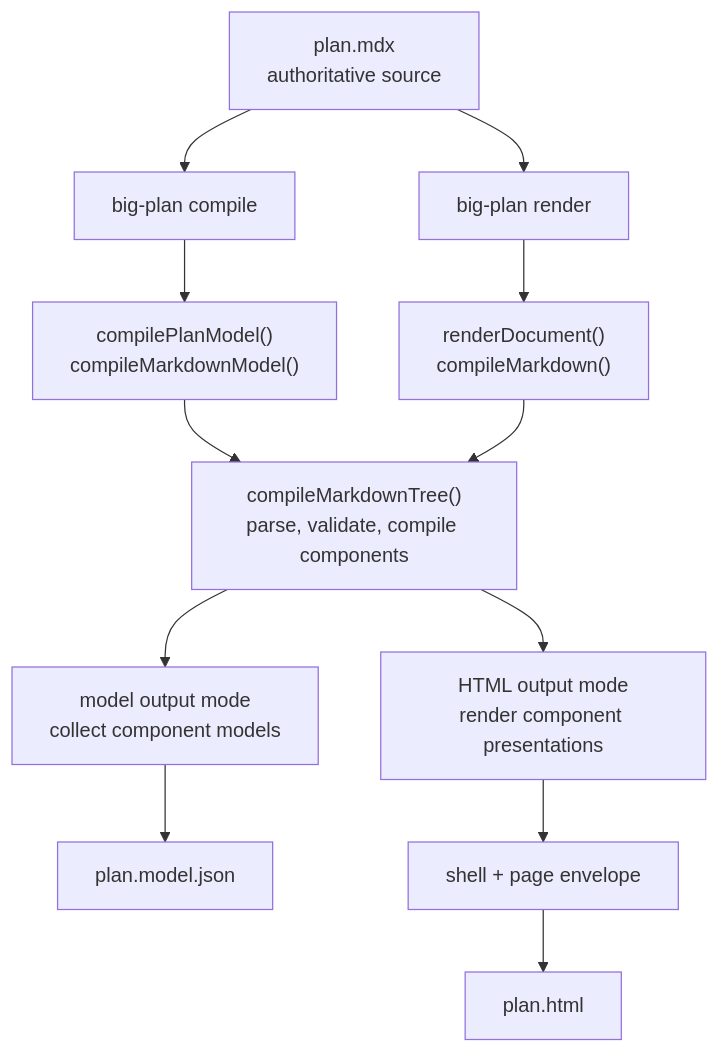
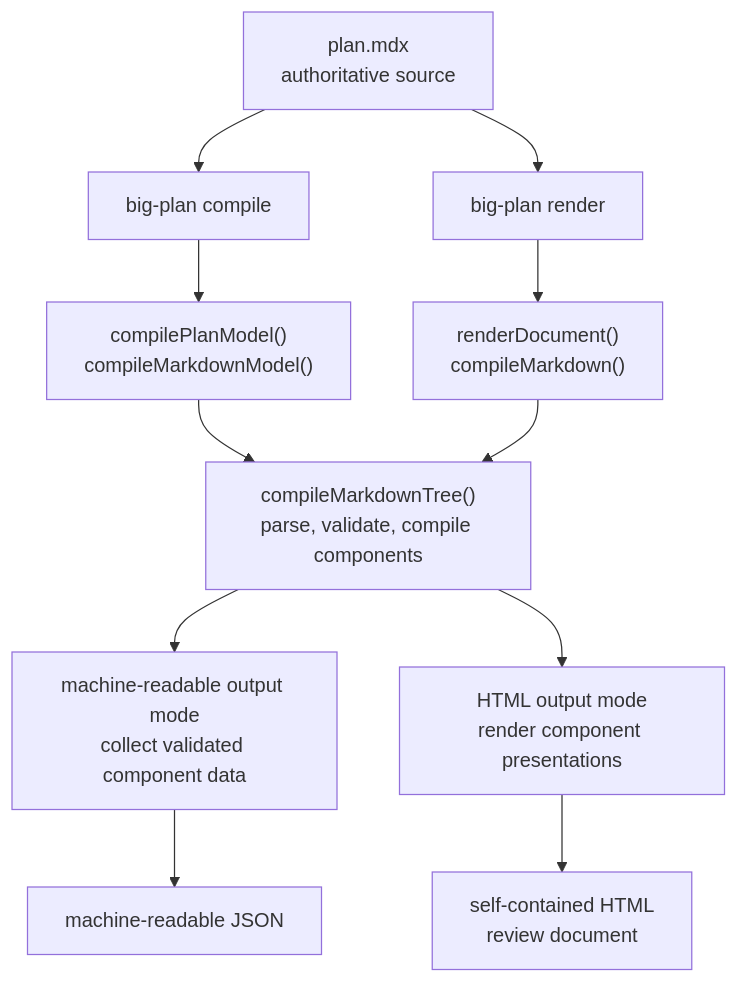
One commit to josh-padnick/big-plan changed the first of 2 diagrams in docs/src/content/docs/architecture.md. Above: the diagram before and after it, drawn with Mermaid. The commit also changed other lines of this file and 13 other files, not shown here.

````diff
--- a/docs/src/content/docs/architecture.md
+++ b/docs/src/content/docs/architecture.md
@@ -26,15 +25,14 @@
 ```mermaid
 flowchart TB
   A["plan.mdx<br/>authoritative source"]
   A --> B["big-plan compile"]
   A --> C["big-plan render"]
   B --> D["compilePlanModel()<br/>compileMarkdownModel()"]
   C --> E["renderDocument()<br/>compileMarkdown()"]
   D --> F["compileMarkdownTree()<br/>parse, validate, compile components"]
   E --> F
-  F --> G["model output mode<br/>collect component models"]
+  F --> G["machine-readable output mode<br/>collect validated component data"]
   F --> H["HTML output mode<br/>render component presentations"]
-  G --> I["plan.model.json"]
-  H --> J["shell + page envelope"]
-  J --> K["plan.html"]
+  G --> I["machine-readable JSON"]
+  H --> J["self-contained HTML<br/>review document"]
 ```
````
